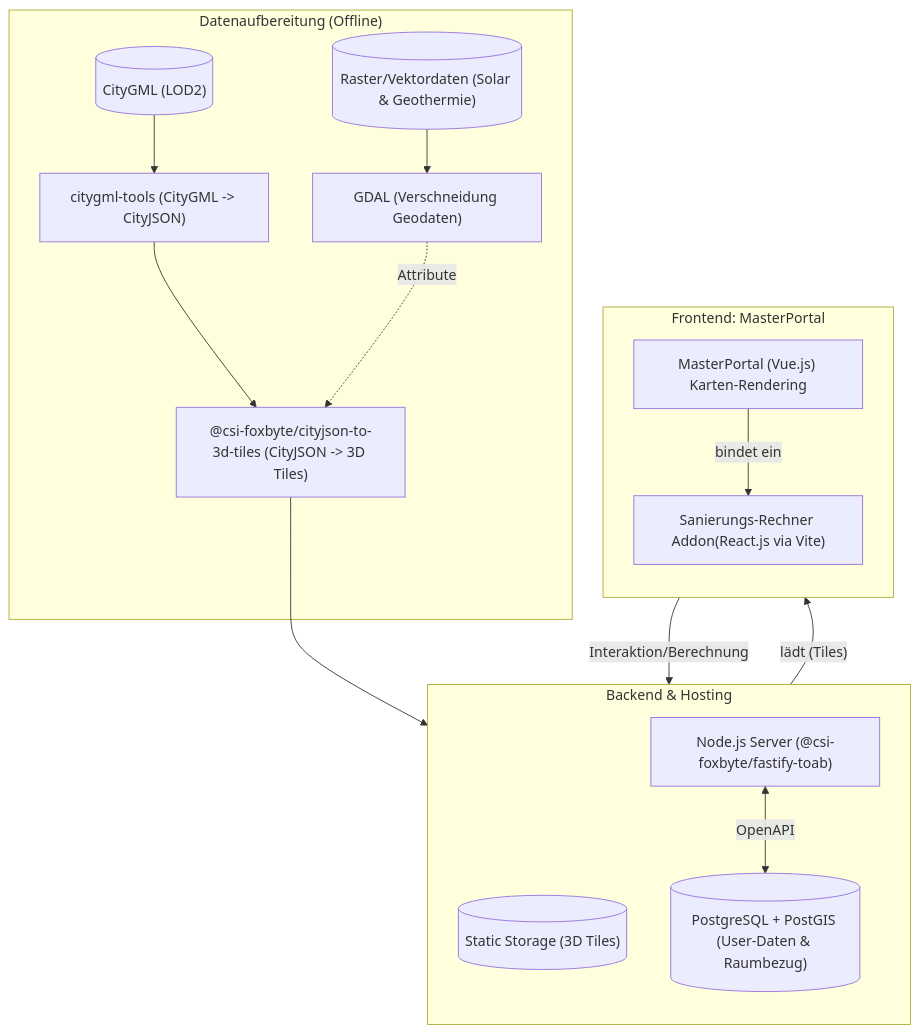
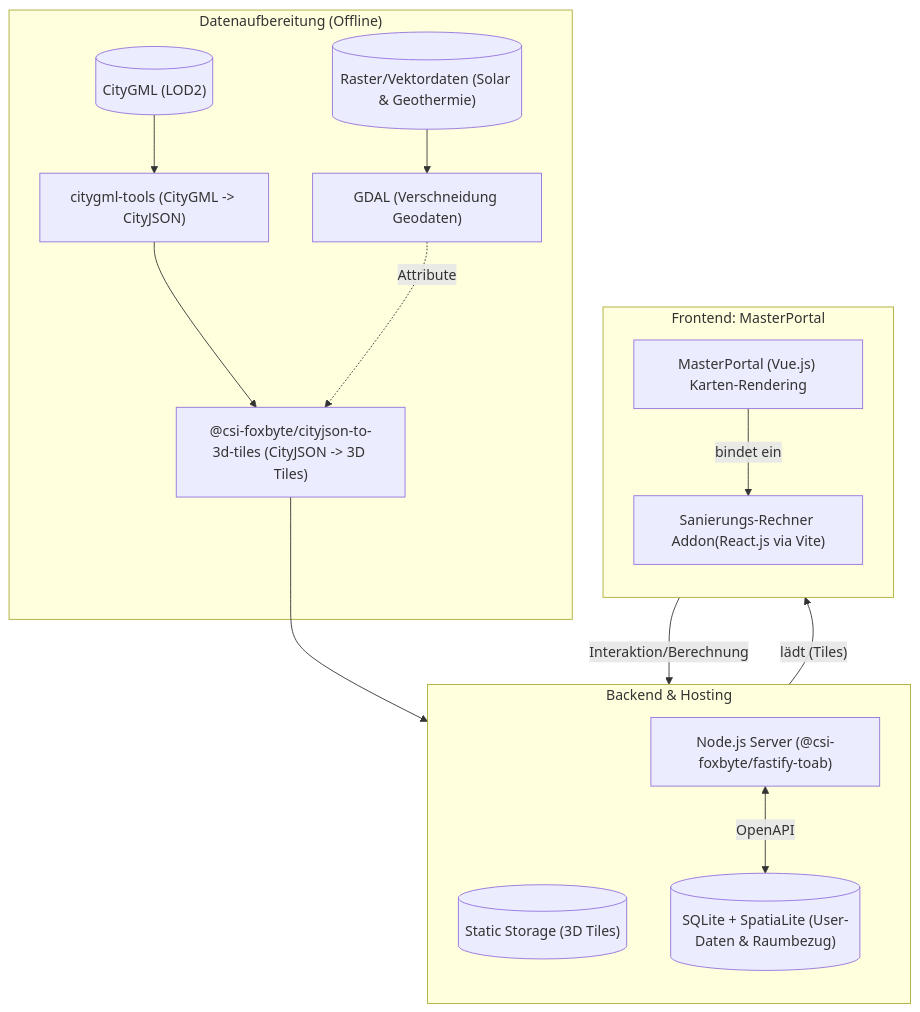
Before and after one commit to csi-FOXBYTE/Regensburg_DigitalerEnergieZwilling_Backend: the first of 2 diagrams in docs/legacy/00-technical-concept.md, drawn with Mermaid. The commit also changed other lines of this file and 31 other files, not shown here.

```diff
--- a/docs/legacy/00-technical-concept.md
+++ b/docs/legacy/00-technical-concept.md
@@ -158,37 +158,37 @@
 :::mermaid
 flowchart TB
     subgraph DataPrep["Datenaufbereitung (Offline)"]
     Source1[("CityGML (LOD2)")]
     Source2[("Raster/Vektordaten (Solar & Geothermie)")]
     
     Tool1["citygml-tools (CityGML -> CityJSON)"]:::process
     Tool2["@csi-foxbyte/cityjson-to-3d-tiles (CityJSON -> 3D Tiles)"]:::process
     Tool3["GDAL (Verschneidung Geodaten)"]:::process
     
     Source1 --> Tool1 --> Tool2
     Source2 --> Tool3
     Tool3 -.->|Attribute| Tool2
 end
 
 subgraph Backend [Backend & Hosting]
     direction TB
     StaticStore[("Static Storage (3D Tiles)")]:::storage
-    DB[("PostgreSQL + PostGIS (User-Daten & Raumbezug)")]:::storage
+    DB[("SQLite + SpatiaLite (User-Daten & Raumbezug)")]:::storage
     APIServer["Node.js Server (@csi-foxbyte/fastify-toab)"]:::server
     
     Tool2 --> StaticStore
     APIServer <-->|OpenAPI| DB
 end
 
 subgraph Client [Frontend: MasterPortal]
     direction TB
     MasterPortal["MasterPortal (Vue.js) Karten-Rendering"]:::client
     ReactAddon["Sanierungs-Rechner Addon(React.js via Vite)"]:::client
     
     MasterPortal -- bindet ein --> ReactAddon
 end
 
 %% Connections
 StaticStore -- "lädt (Tiles)" --> MasterPortal
 ReactAddon -- "Interaktion/Berechnung" --> APIServer
 :::
```
